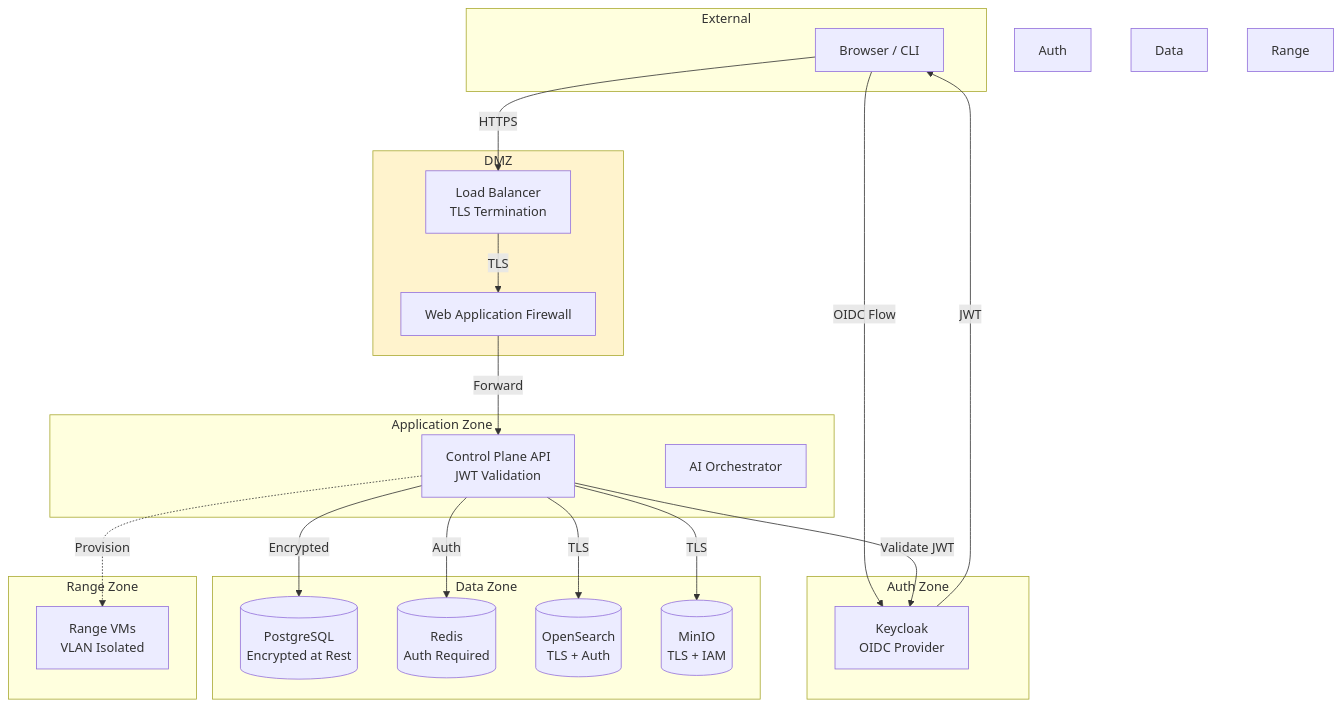
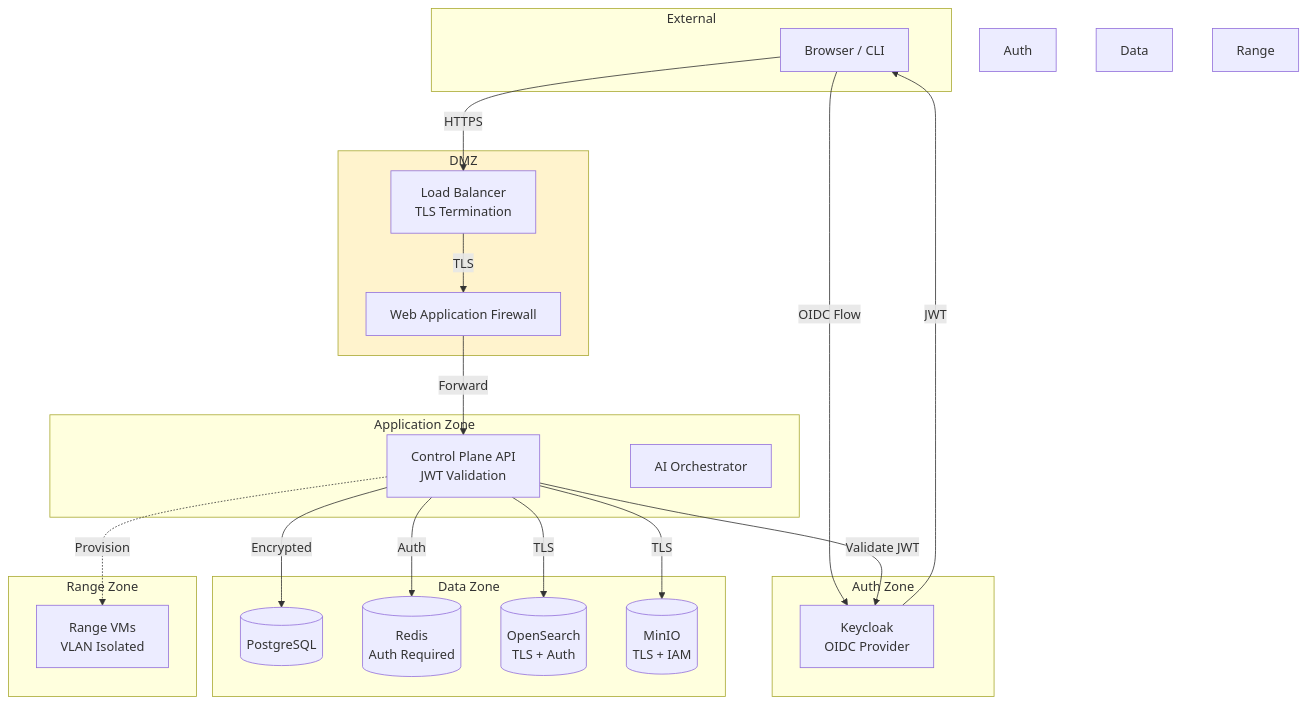
The first of 3 diagrams in docs/security.md (mblanke/TrueNorth), drawn with Mermaid before and after one commit. The commit also changed other lines of this file and 5 other files, not shown here.

````diff
--- a/docs/security.md
+++ b/docs/security.md
@@ -25,48 +25,48 @@
 ```mermaid
 flowchart TB
     subgraph External
         USER[Browser / CLI]
     end
 
     subgraph DMZ
         LB[Load Balancer<br>TLS Termination]
         WAF[Web Application Firewall]
     end
 
     subgraph Application Zone
         API[Control Plane API<br>JWT Validation]
         AI[AI Orchestrator]
     end
 
     subgraph Auth Zone
         KC[Keycloak<br>OIDC Provider]
     end
 
     subgraph Data Zone
-        PG[(PostgreSQL<br>Encrypted at Rest)]
+        PG[(PostgreSQL)]
         RS[(Redis<br>Auth Required)]
         OS[(OpenSearch<br>TLS + Auth)]
         MIO[(MinIO<br>TLS + IAM)]
     end
 
     subgraph Range Zone
         VMS[Range VMs<br>VLAN Isolated]
     end
 
     USER -->|HTTPS| LB
     LB -->|TLS| WAF
     WAF -->|Forward| API
     USER -->|OIDC Flow| KC
     KC -->|JWT| USER
     API -->|Validate JWT| KC
     API -->|Encrypted| PG
     API -->|Auth| RS
     API -->|TLS| OS
     API -->|TLS| MIO
     API -.->|Provision| VMS
 
     style DMZ fill:#fff3cd
     style Auth Zone fill:#d4edda
     style Data Zone fill:#cce5ff
     style Range Zone fill:#f8d7da
 ```
````
